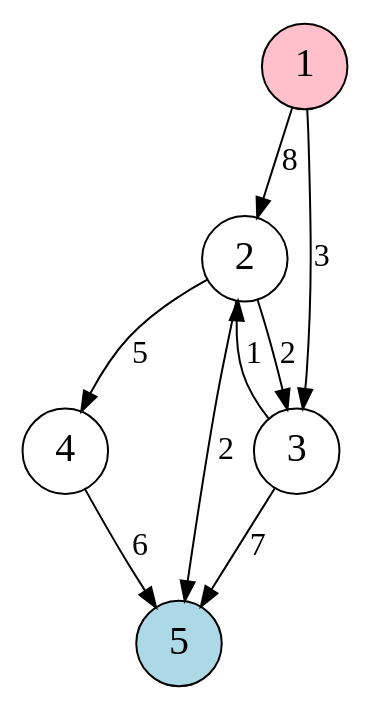
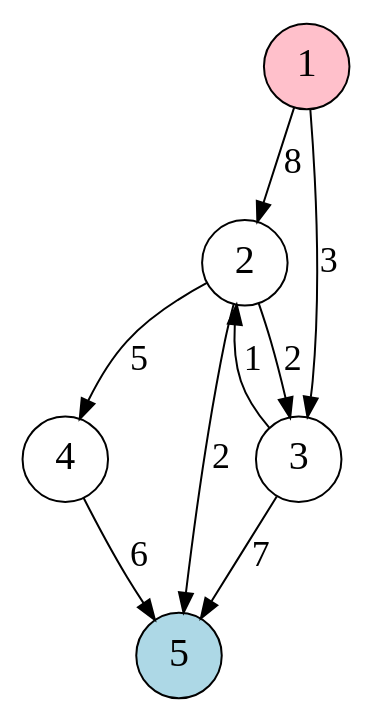
The diagram in NetworkData/Networks/Network_3.dot (AdrianMatei20/FlowAlgorithmsVisualized), drawn with Graphviz before and after one commit. The commit also changed 9 other files, not shown here.

Commit message:
Residual network animation and flow network animation at the same time.

```diff
--- a/NetworkData/Networks/Network_3.dot
+++ b/NetworkData/Networks/Network_3.dot
@@ -1,21 +1,21 @@
 digraph {
 
     node [shape="circle", fontsize="20px"];
     edge [fontsize="20px"];
 
     1 [label="1", pos="0,1!", fontsize="20px", shape="circle", style="filled", fillcolor="pink"];
     2 [label="2", pos="2,2!", fontsize="20px", shape="circle"];
     3 [label="3", pos="2,0!", fontsize="20px", shape="circle"];
     4 [label="4", pos="4,2!", fontsize="20px", shape="circle"];
     5 [label="5", pos="4,0!", fontsize="20px", shape="circle", style="filled", fillcolor="lightblue"];
 
-    1 -> 2 [label="8", fontsize="16px"];
-    1 -> 3 [label="3", fontsize="16px"];
-    2 -> 3 [label="2", fontsize="16px"];
-    2 -> 4 [label="5", fontsize="16px"];
-    2 -> 5 [label="2", fontsize="16px"];
-    3 -> 2 [label="1", fontsize="16px"];
-    3 -> 5 [label="7", fontsize="16px"];
-    4 -> 5 [label="6", fontsize="16px"];
+    1 -> 2 [label="8", fontsize="18px"];
+    1 -> 3 [label="3", fontsize="18px"];
+    2 -> 3 [label="2", fontsize="18px"];
+    2 -> 4 [label="5", fontsize="18px"];
+    2 -> 5 [label="2", fontsize="18px"];
+    3 -> 2 [label="1", fontsize="18px"];
+    3 -> 5 [label="7", fontsize="18px"];
+    4 -> 5 [label="6", fontsize="18px"];
 
 }
```
